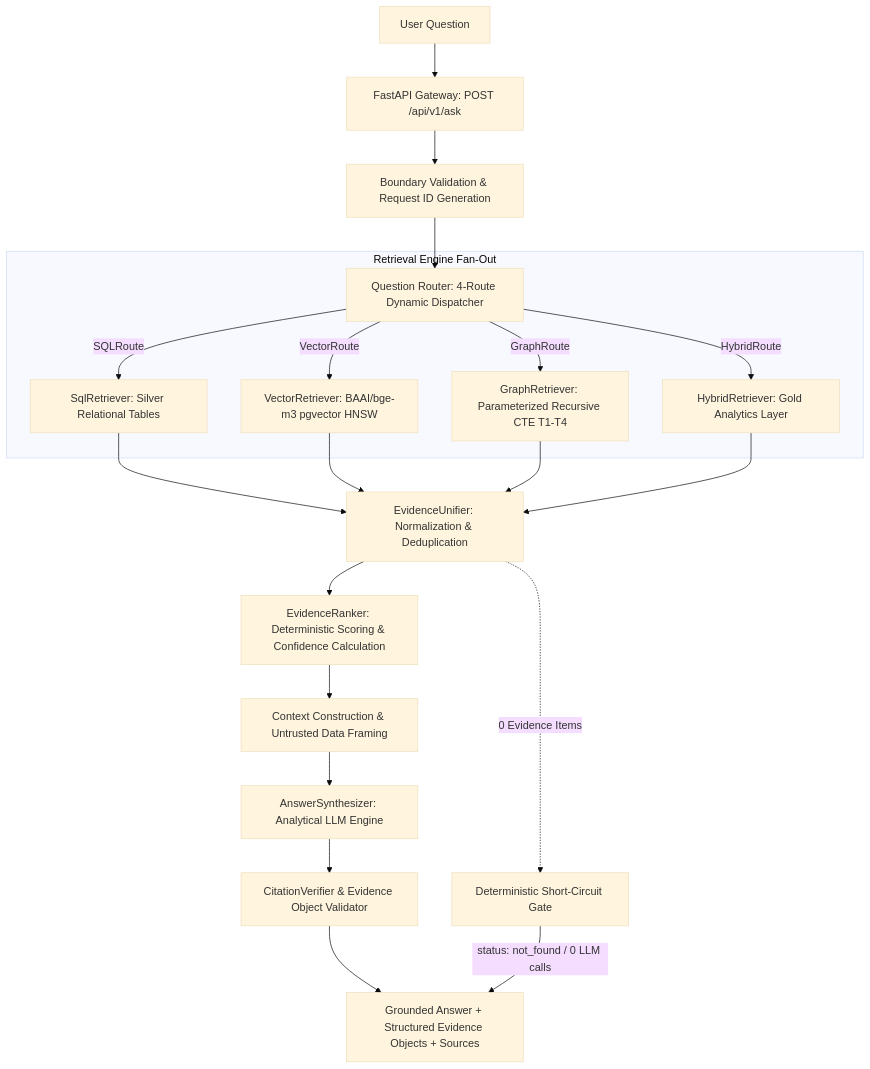
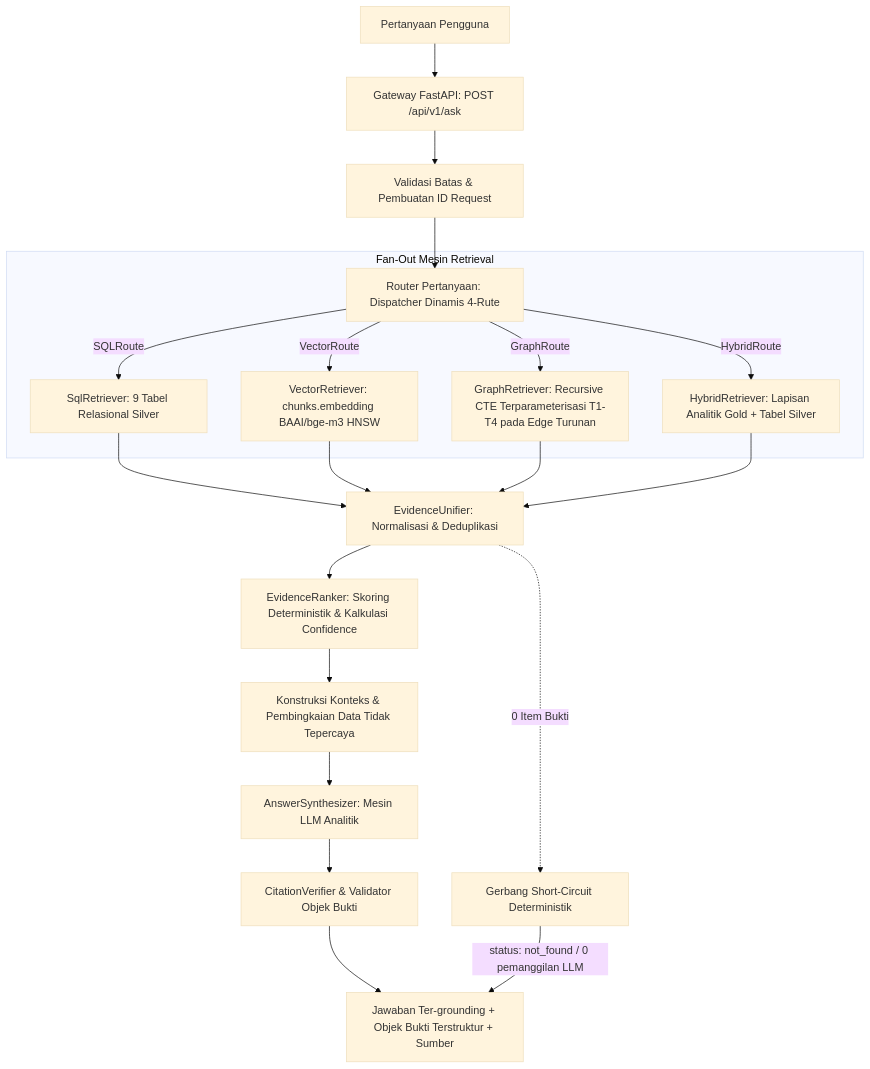
Before and after one commit to CodeByAbi/AI-Bibliometrics: the diagram in docs/03 System Architecture.md, drawn with Mermaid (base theme). The commit also changed other lines of this file and 12 other files, not shown here.

````diff
--- a/docs/03 System Architecture.md
+++ b/docs/03 System Architecture.md
@@ -18,23 +23,22 @@
 ```mermaid
 flowchart TD
-    UserQuestion[User Question] --> APIGateway[FastAPI Gateway: POST /api/v1/ask]
-    APIGateway --> BoundaryVal[Boundary Validation & Request ID Generation]
-    BoundaryVal --> Router[Question Router: 4-Route Dynamic Dispatcher]
+    UserQuestion[Pertanyaan Pengguna] --> APIGateway[Gateway FastAPI: POST /api/v1/ask]
+    APIGateway --> BoundaryVal[Validasi Batas & Pembuatan ID Request]
+    BoundaryVal --> Router[Router Pertanyaan: Dispatcher Dinamis 4-Rute]
     
-    subgraph RetrievalEngine [Retrieval Engine Fan-Out]
-        Router -->|SQLRoute| SQLR[SqlRetriever: Silver Relational Tables]
-        Router -->|VectorRoute| VecR[VectorRetriever: BAAI/bge-m3 pgvector HNSW]
-        Router -->|GraphRoute| GraphR[GraphRetriever: Parameterized Recursive CTE T1-T4]
-        Router -->|HybridRoute| HybR[HybridRetriever: Gold Analytics Layer]
+    subgraph RetrievalEngine [Fan-Out Mesin Retrieval]
+        Router -->|SQLRoute| SQLR[SqlRetriever: 9 Tabel Relasional Silver]
+        Router -->|VectorRoute| VecR[VectorRetriever: chunks.embedding BAAI/bge-m3 HNSW]
+        Router -->|GraphRoute| GraphR[GraphRetriever: Recursive CTE Terparameterisasi T1-T4 pada Edge Turunan]
+        Router -->|HybridRoute| HybR[HybridRetriever: Lapisan Analitik Gold + Tabel Silver]
     end
+    SQLR & VecR & GraphR & HybR --> Unifier[EvidenceUnifier: Normalisasi & Deduplikasi]
+    Unifier --> Ranker[EvidenceRanker: Skoring Deterministik & Kalkulasi Confidence]
+    Ranker --> Context[Konstruksi Konteks & Pembingkaian Data Tidak Tepercaya]
+    Context --> Synth[AnswerSynthesizer: Mesin LLM Analitik]
+    Synth --> Verifier[CitationVerifier & Validator Objek Bukti]
+    Verifier --> Output[Jawaban Ter-grounding + Objek Bukti Terstruktur + Sumber]
 
-    SQLR & VecR & GraphR & HybR --> Unifier[EvidenceUnifier: Normalization & Deduplication]
-    Unifier --> Ranker[EvidenceRanker: Deterministic Scoring & Confidence Calculation]
-    Ranker --> Context[Context Construction & Untrusted Data Framing]
-    Context --> Synth[AnswerSynthesizer: Analytical LLM Engine]
-    Synth --> Verifier[CitationVerifier & Evidence Object Validator]
-    Verifier --> Output[Grounded Answer + Structured Evidence Objects + Sources]
-
-    Unifier -.->|0 Evidence Items| ShortCircuit[Deterministic Short-Circuit Gate]
-    ShortCircuit -->|status: not_found / 0 LLM calls| Output
+    Unifier -.->|0 Item Bukti| ShortCircuit[Gerbang Short-Circuit Deterministik]
+    ShortCircuit -->|status: not_found / 0 pemanggilan LLM| Output
 ```
````
